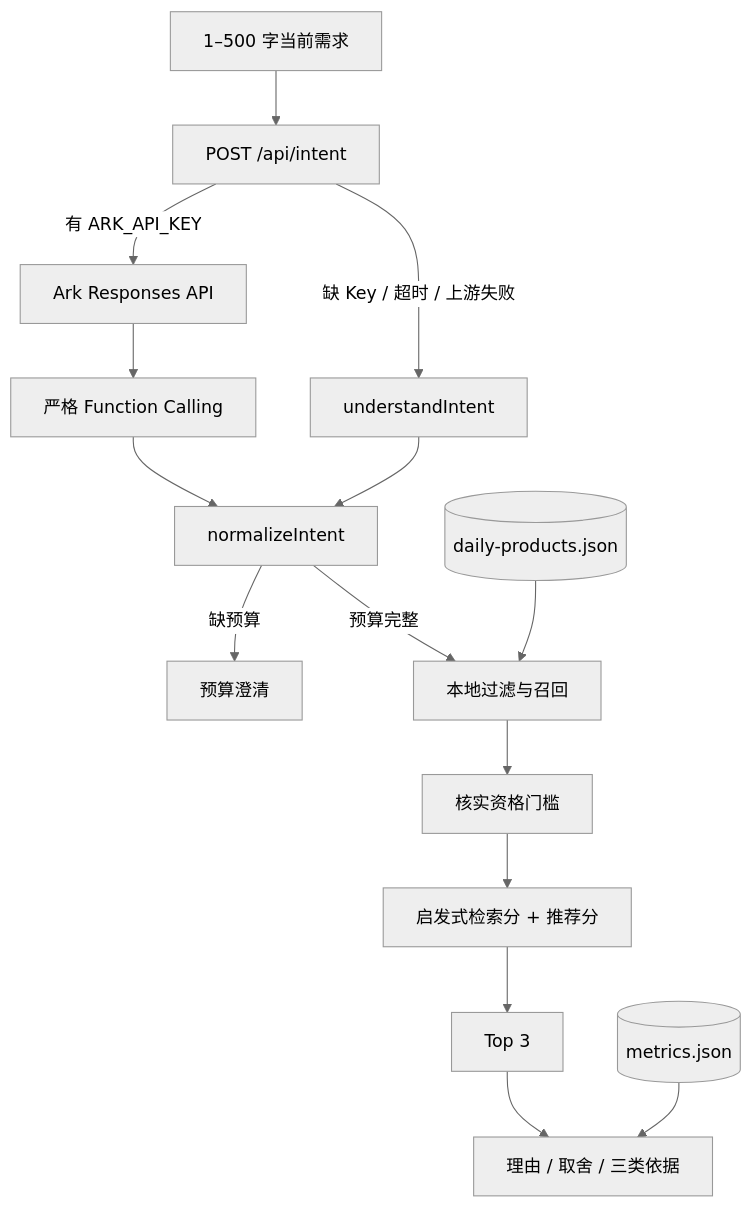
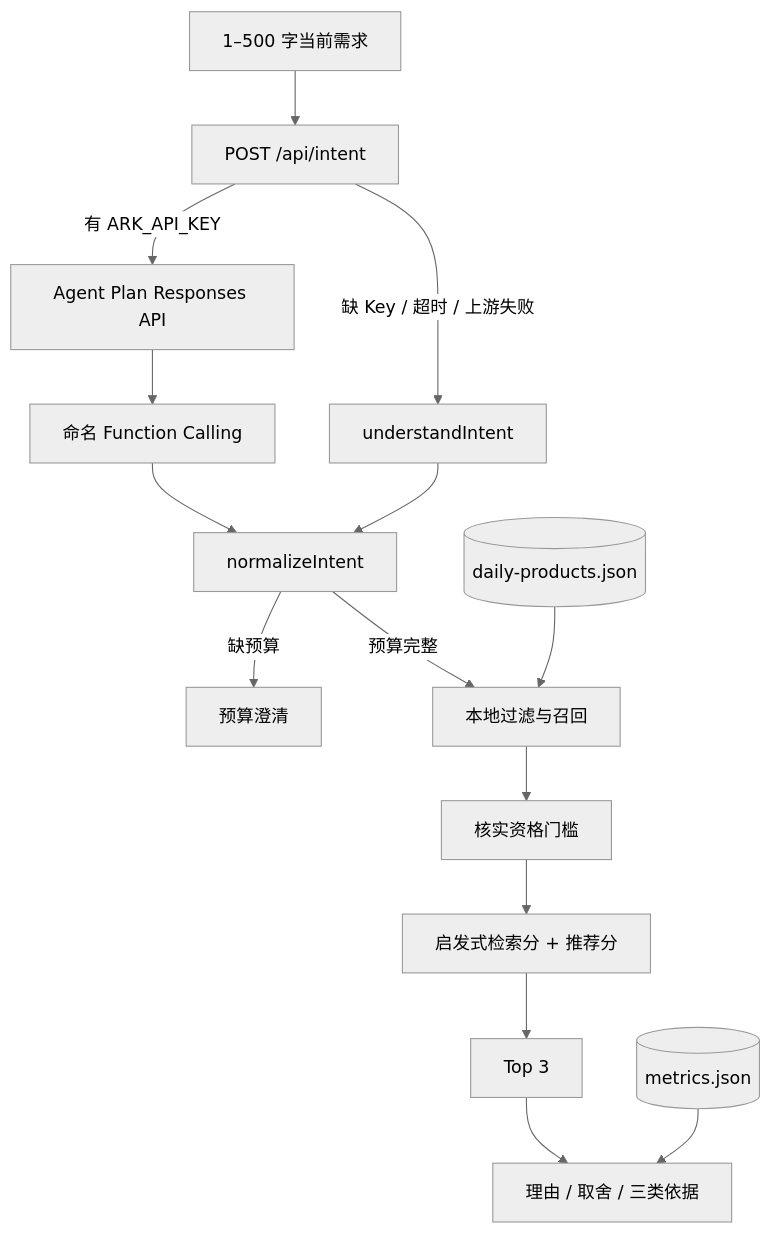
The diagram in docs/系统架构与RAG流程.md (LICHENGYAN0316/zhixuan-ai-shopping-agent-cn), drawn with Mermaid (neutral theme) before and after one commit. The commit also changed other lines of this file and 10 other files, not shown here.

Commit message:
feat: connect Zhixuan to Doubao Agent Plan

````diff
--- a/docs/系统架构与RAG流程.md
+++ b/docs/系统架构与RAG流程.md
@@ -5,17 +5,17 @@
 ```mermaid
 flowchart TD
     U[1–500 字当前需求] --> API[POST /api/intent]
-    API -->|有 ARK_API_KEY| ARK[Ark Responses API]
+    API -->|有 ARK_API_KEY| ARK[Agent Plan Responses API]
     API -->|缺 Key / 超时 / 上游失败| LOCAL[understandIntent]
-    ARK --> FC[严格 Function Calling]
+    ARK --> FC[命名 Function Calling]
     FC --> N[normalizeIntent]
     LOCAL --> N
     N -->|缺预算| Q[预算澄清]
     N -->|预算完整| R[本地过滤与召回]
     P[(daily-products.json)] --> R
     R --> G[核实资格门槛]
     G --> S[启发式检索分 + 推荐分]
     S --> T[Top 3]
     T --> UI[理由 / 取舍 / 三类依据]
     M[(metrics.json)] --> UI
 ```
````
